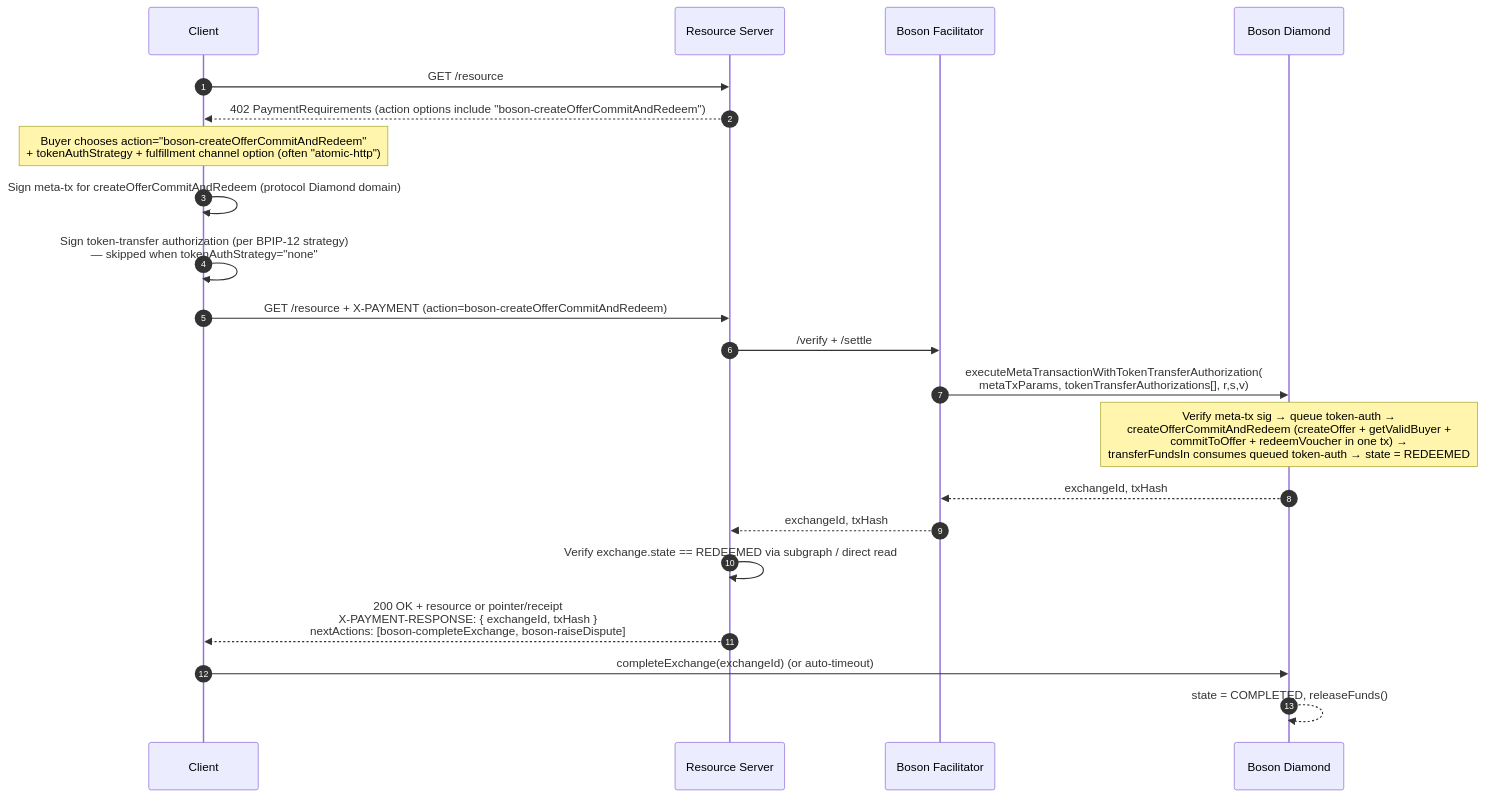
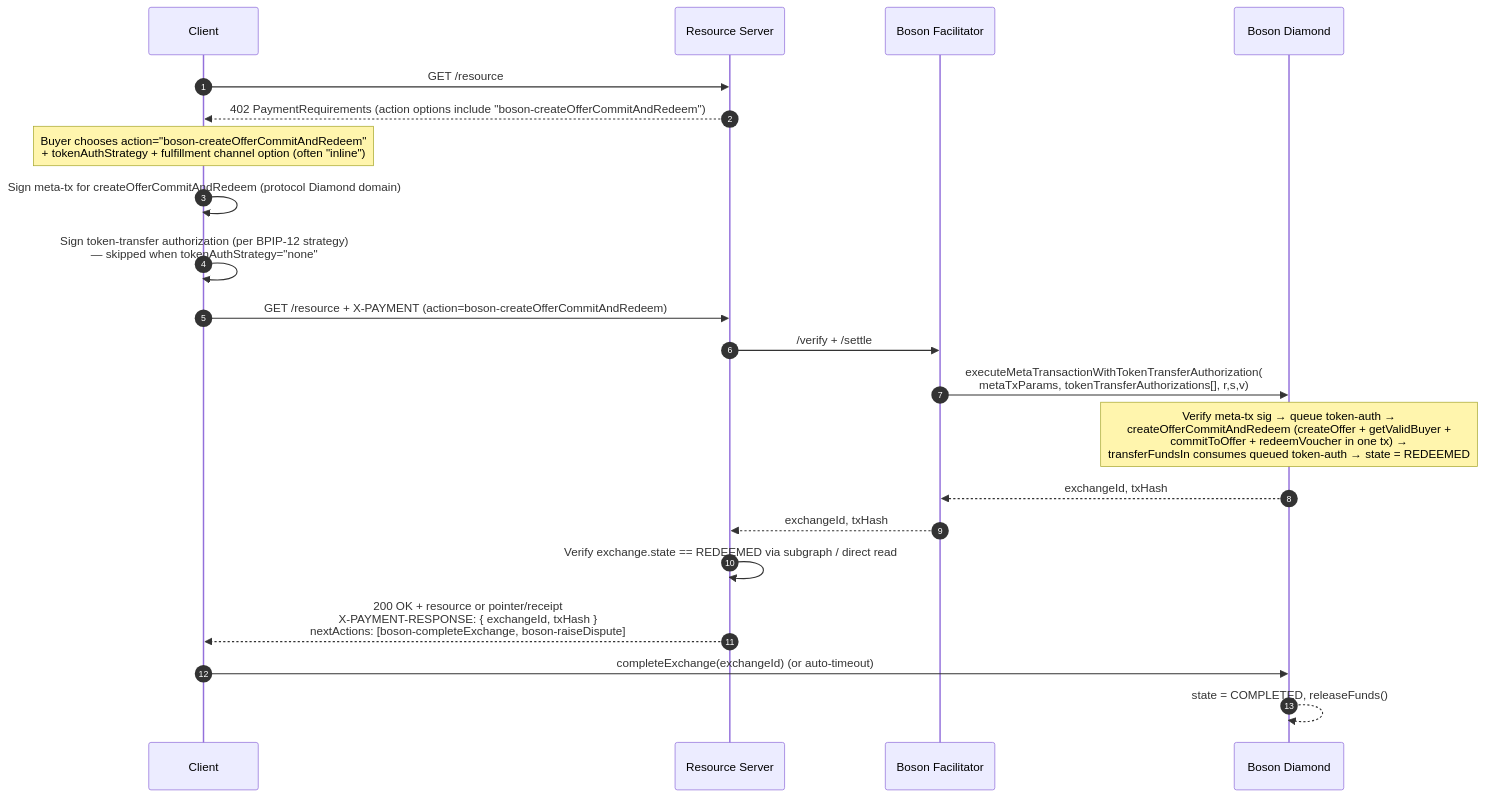
Before and after one commit to bosonprotocol/x402B: the second of 4 diagrams in docs/boson-impl-02-flows.md, drawn with Mermaid. The commit also changed other lines of this file and 6 other files, not shown here.

Commit message:
docs(fulfillment): align inline fulfillment naming

````diff
--- a/docs/boson-impl-02-flows.md
+++ b/docs/boson-impl-02-flows.md
@@ -70,30 +70,30 @@
 ```mermaid
 sequenceDiagram
     autonumber
     participant C as Client
     participant S as Resource Server
     participant F as Boson Facilitator
     participant D as Boson Diamond
 
     C->>S: GET /resource
     S-->>C: 402 PaymentRequirements (action options include "boson-createOfferCommitAndRedeem")
 
-    Note over C: Buyer chooses action="boson-createOfferCommitAndRedeem"<br/>+ tokenAuthStrategy + fulfillment channel option (often "atomic-http")
+    Note over C: Buyer chooses action="boson-createOfferCommitAndRedeem"<br/>+ tokenAuthStrategy + fulfillment channel option (often "inline")
 
     C->>C: Sign meta-tx for createOfferCommitAndRedeem (protocol Diamond domain)
     C->>C: Sign token-transfer authorization (per BPIP-12 strategy)<br/>— skipped when tokenAuthStrategy="none"
 
     C->>S: GET /resource + X-PAYMENT (action=boson-createOfferCommitAndRedeem)
     S->>F: /verify + /settle
 
     F->>D: executeMetaTransactionWithTokenTransferAuthorization(<br/>metaTxParams, tokenTransferAuthorizations[], r,s,v)
     Note over D: Verify meta-tx sig → queue token-auth →<br/>createOfferCommitAndRedeem (createOffer + getValidBuyer +<br/>commitToOffer + redeemVoucher in one tx) →<br/>transferFundsIn consumes queued token-auth → state = REDEEMED
     D-->>F: exchangeId, txHash
     F-->>S: exchangeId, txHash
 
     S->>S: Verify exchange.state == REDEEMED via subgraph / direct read
     S-->>C: 200 OK + resource or pointer/receipt<br/>X-PAYMENT-RESPONSE: { exchangeId, txHash }<br/>nextActions: [boson-completeExchange, boson-raiseDispute]
 
     C->>D: completeExchange(exchangeId) (or auto-timeout)
     D-->>D: state = COMPLETED, releaseFunds()
 ```
````
